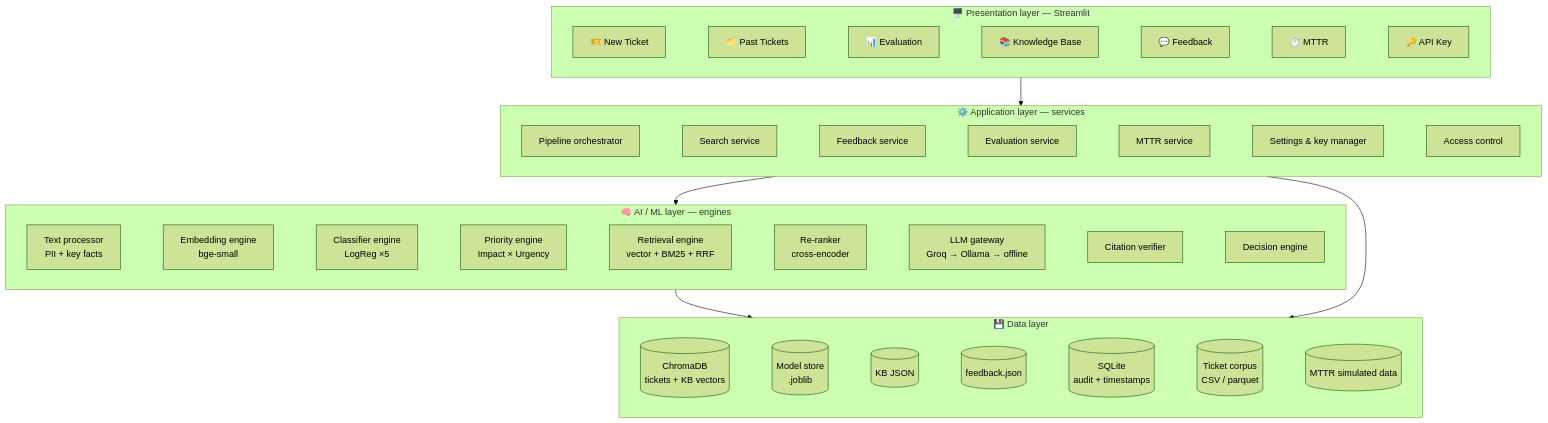
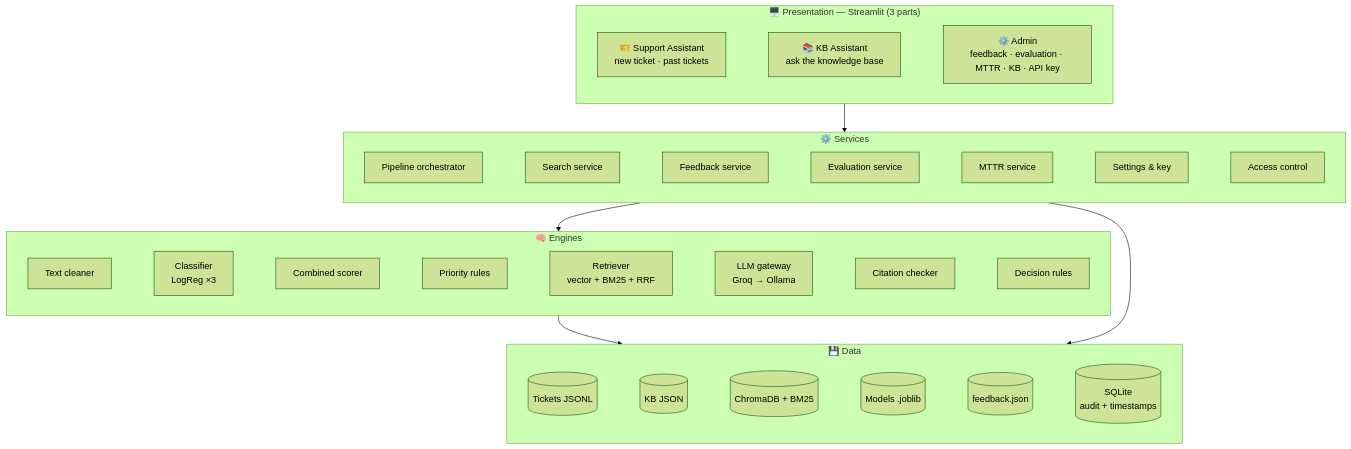
Before and after one commit to groov33/HCLTech_RAGsToRiches: the third of 7 diagrams in Docs/HLD.md, drawn with Mermaid (forest theme). The commit also changed other lines of this file and 21 other files, not shown here.

First line of the commit message:
Add project overview, classifier code, data and evaluation; remove stale drafts

````diff
--- a/Docs/HLD.md
+++ b/Docs/HLD.md
@@ -42,25 +127,25 @@
 ```mermaid
 flowchart TB
-    subgraph P["🖥️ Presentation layer — Streamlit"]
+    subgraph P["🖥️ Presentation — Streamlit (3 parts)"]
         direction LR
-        P1["🎫 New Ticket"] ~~~ P2["📁 Past Tickets"] ~~~ P3["📊 Evaluation"] ~~~ P4["📚 Knowledge Base"] ~~~ P5["💬 Feedback"] ~~~ P6["⏱️ MTTR"] ~~~ P7["🔑 API Key"]
+        P1["🎫 Support Assistant<br/>new ticket · past tickets"] ~~~ P2["📚 KB Assistant<br/>ask the knowledge base"] ~~~ P3["⚙️ Admin<br/>feedback · evaluation · MTTR · KB · API key"]
     end
 
-    subgraph A["⚙️ Application layer — services"]
+    subgraph A["⚙️ Services"]
         direction LR
-        A1["Pipeline orchestrator"] ~~~ A2["Search service"] ~~~ A3["Feedback service"] ~~~ A4["Evaluation service"] ~~~ A5["MTTR service"] ~~~ A6["Settings & key manager"] ~~~ A7["Access control"]
+        A1["Pipeline orchestrator"] ~~~ A2["Search service"] ~~~ A3["Feedback service"] ~~~ A4["Evaluation service"] ~~~ A5["MTTR service"] ~~~ A6["Settings & key"] ~~~ A7["Access control"]
     end
 
-    subgraph AI["🧠 AI / ML layer — engines"]
+    subgraph AI["🧠 Engines"]
         direction LR
-        E1["Text processor<br/>PII + key facts"] ~~~ E2["Embedding engine<br/>bge-small"] ~~~ E3["Classifier engine<br/>LogReg ×5"] ~~~ E4["Priority engine<br/>Impact × Urgency"] ~~~ E5["Retrieval engine<br/>vector + BM25 + RRF"] ~~~ E6["Re-ranker<br/>cross-encoder"] ~~~ E7["LLM gateway<br/>Groq → Ollama → offline"] ~~~ E8["Citation verifier"] ~~~ E9["Decision engine"]
+        E1["Text cleaner"] ~~~ E2["Classifier<br/>LogReg ×3"] ~~~ E3["Combined scorer"] ~~~ E4["Priority rules"] ~~~ E5["Retriever<br/>vector + BM25 + RRF"] ~~~ E6["LLM gateway<br/>Groq → Ollama"] ~~~ E7["Citation checker"] ~~~ E8["Decision rules"]
     end
 
-    subgraph D["💾 Data layer"]
+    subgraph D["💾 Data"]
         direction LR
-        D1[("ChromaDB<br/>tickets + KB vectors")] ~~~ D2[("Model store<br/>.joblib")] ~~~ D3[("KB JSON")] ~~~ D4[("feedback.json")] ~~~ D5[("SQLite<br/>audit + timestamps")] ~~~ D6[("Ticket corpus<br/>CSV / parquet")] ~~~ D7[("MTTR simulated data")]
+        D1[("Tickets JSONL")] ~~~ D2[("KB JSON")] ~~~ D3[("ChromaDB + BM25")] ~~~ D4[("Models .joblib")] ~~~ D5[("feedback.json")] ~~~ D6[("SQLite<br/>audit + timestamps")]
     end
 
     P --> A --> AI --> D
     A --> D
 ```
````
